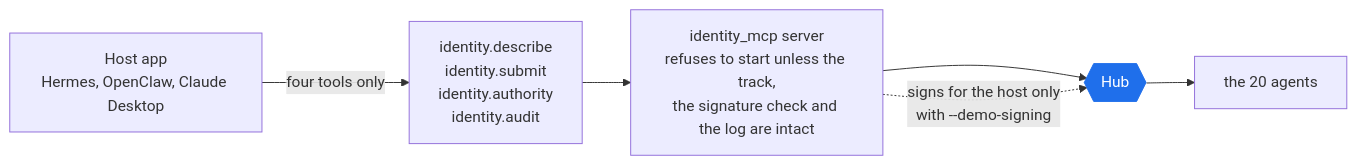
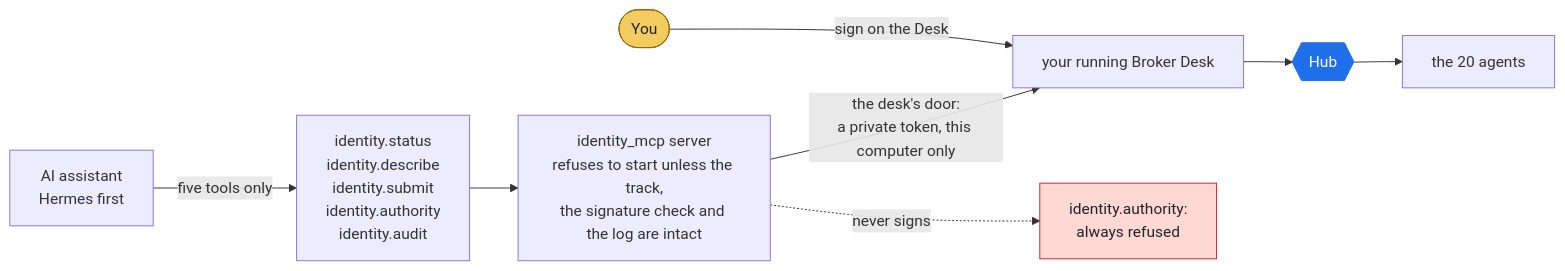
The diagram in docs/MOUNTING.md (QuietFireAI/listing-assistants), drawn with Mermaid before and after one commit. The commit also changed other lines of this file and 19 other files, not shown here.

First line of the commit message:
Hermes inside the running Broker Desk; installer writes Hermes settings

````diff
--- a/docs/MOUNTING.md
+++ b/docs/MOUNTING.md
@@ -20,10 +25,16 @@
 ```mermaid
 flowchart LR
-    HOST["Host app<br/>Hermes, OpenClaw, Claude Desktop"] -- "four tools only" --> T["identity.describe<br/>identity.submit<br/>identity.authority<br/>identity.audit"]
+    HOST["AI assistant<br/>Hermes first"] -- "five tools only" --> T["identity.status<br/>identity.describe<br/>identity.submit<br/>identity.authority<br/>identity.audit"]
     T --> S["identity_mcp server<br/>refuses to start unless the track,<br/>the signature check and the log are intact"]
-    S --> H{{"Hub"}}
+    S -- "the desk's door:<br/>a private token, this computer only" --> D["your running Broker Desk"]
+    D --> H{{"Hub"}}
     H --> AG["the 20 agents"]
-    S -. "signs for the host only<br/>with --demo-signing" .-> H
+    B(["You"]) -- "sign on the Desk" --> D
+    S -. "never signs" .-> X["identity.authority:<br/>always refused"]
     classDef hub fill:#1f6feb,stroke:#1f6feb,color:#ffffff
+    classDef you fill:#f2cc60,stroke:#9a6700,color:#1f2328
+    classDef stop fill:#ffd8d3,stroke:#cf222e,color:#1f2328
     class H hub
+    class B you
+    class X stop
 ```
````
